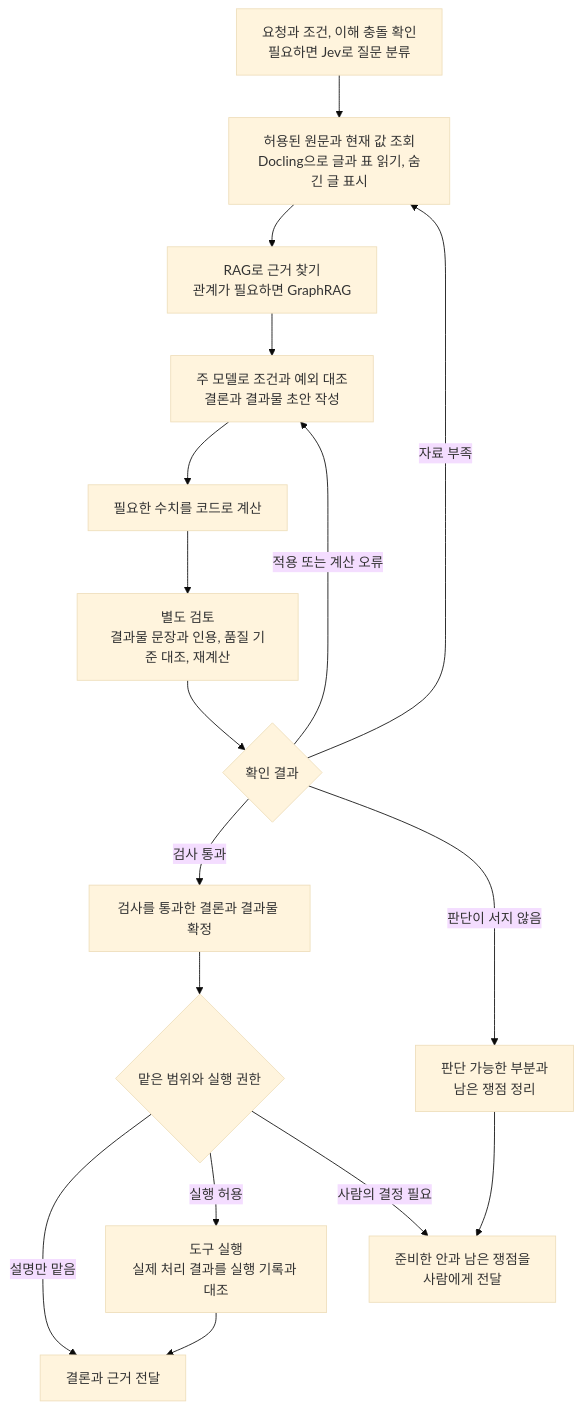
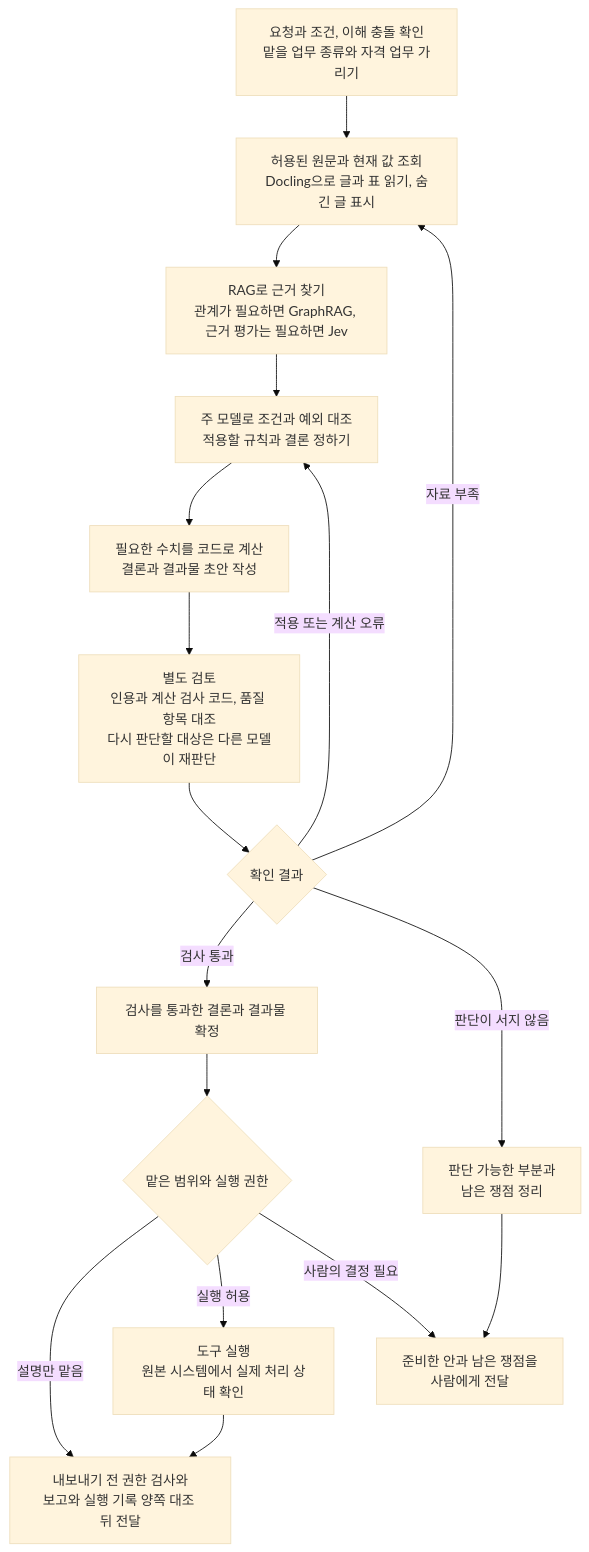
The diagram in 전문 판단의 신뢰성.md (harisbaguette/expert), drawn with Mermaid (base theme) before and after one commit. The commit also changed other lines of this file and 1 other file, not shown here.

````diff
--- a/전문 판단의 신뢰성.md
+++ b/전문 판단의 신뢰성.md
@@ -448,19 +462,19 @@
 ```mermaid
 flowchart TB
-    A[요청과 조건, 이해 충돌 확인<br/>필요하면 Jev로 질문 분류] --> B[허용된 원문과 현재 값 조회<br/>Docling으로 글과 표 읽기, 숨긴 글 표시]
-    B --> C[RAG로 근거 찾기<br/>관계가 필요하면 GraphRAG]
-    C --> D[주 모델로 조건과 예외 대조<br/>결론과 결과물 초안 작성]
-    D --> E[필요한 수치를 코드로 계산]
-    E --> F[별도 검토<br/>결과물 문장과 인용, 품질 기준 대조, 재계산]
+    A[요청과 조건, 이해 충돌 확인<br/>맡을 업무 종류와 자격 업무 가리기] --> B[허용된 원문과 현재 값 조회<br/>Docling으로 글과 표 읽기, 숨긴 글 표시]
+    B --> C[RAG로 근거 찾기<br/>관계가 필요하면 GraphRAG, 근거 평가는 필요하면 Jev]
+    C --> D[주 모델로 조건과 예외 대조<br/>적용할 규칙과 결론 정하기]
+    D --> E[필요한 수치를 코드로 계산<br/>결론과 결과물 초안 작성]
+    E --> F[별도 검토<br/>인용과 계산 검사 코드, 품질 항목 대조<br/>다시 판단할 대상은 다른 모델이 재판단]
     F --> G{확인 결과}
     G -->|자료 부족| B
     G -->|적용 또는 계산 오류| D
     G -->|검사 통과| H[검사를 통과한 결론과 결과물 확정]
     G -->|판단이 서지 않음| I[판단 가능한 부분과<br/>남은 쟁점 정리]
     H --> J{맡은 범위와 실행 권한}
-    J -->|설명만 맡음| L[결론과 근거 전달]
-    J -->|실행 허용| K[도구 실행<br/>실제 처리 결과를 실행 기록과 대조]
+    J -->|설명만 맡음| L[내보내기 전 권한 검사와<br/>보고와 실행 기록 양쪽 대조 뒤 전달]
+    J -->|실행 허용| K[도구 실행<br/>원본 시스템에서 실제 처리 상태 확인]
     J -->|사람의 결정 필요| M[준비한 안과 남은 쟁점을<br/>사람에게 전달]
     K --> L
     I --> M
 ```
````
